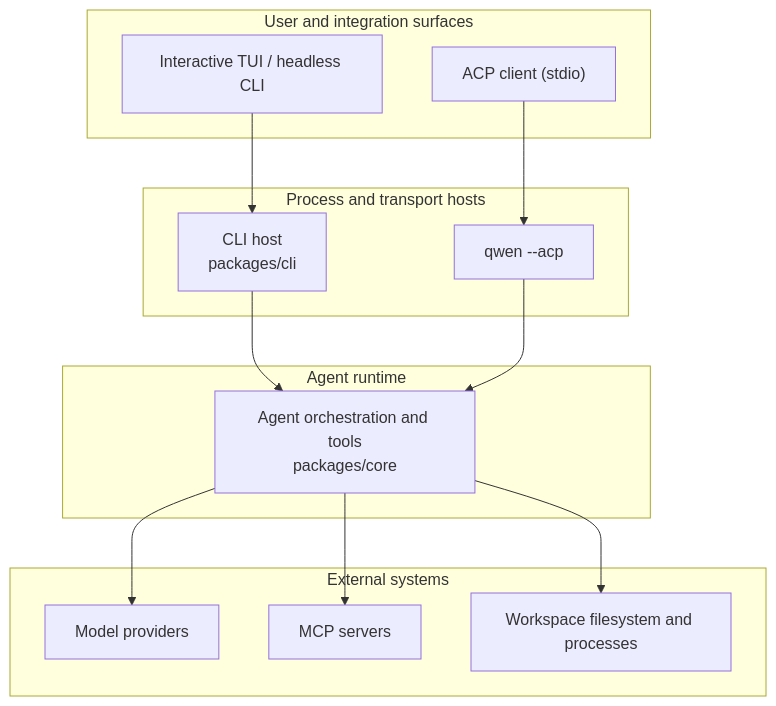
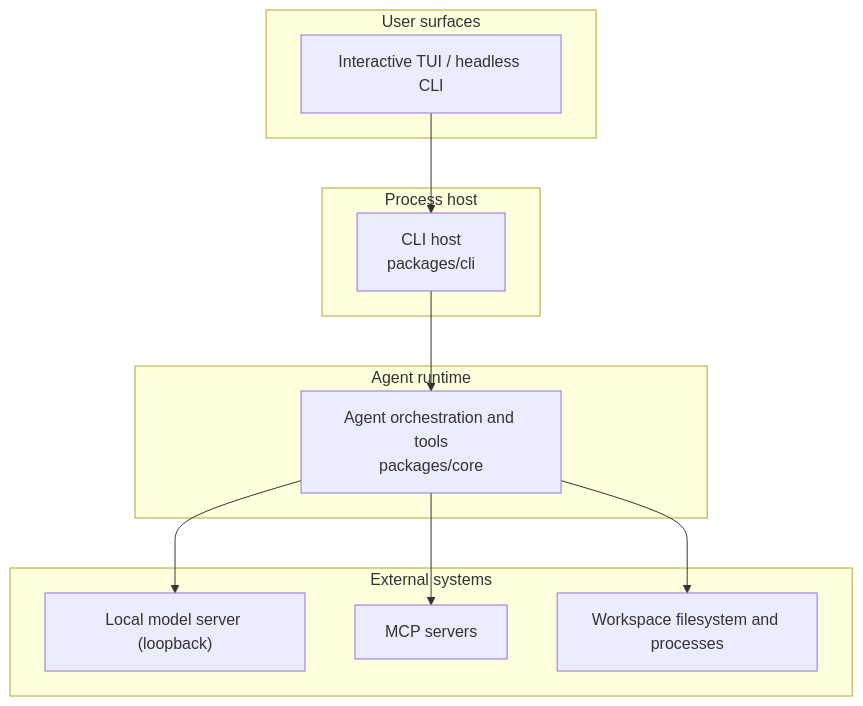
The diagram in docs/developers/architecture.md (Cemberk/qwen-code), drawn with Mermaid before and after one commit. The commit also changed other lines of this file and 850 other files, not shown here.

````diff
--- a/docs/developers/architecture.md
+++ b/docs/developers/architecture.md
@@ -17,32 +13,27 @@
 ```mermaid
 flowchart TB
-    subgraph surfaces["User and integration surfaces"]
+    subgraph surfaces["User surfaces"]
         TUI["Interactive TUI / headless CLI"]
-        ACPCLIENT["ACP client (stdio)"]
     end
 
-    subgraph hosts["Process and transport hosts"]
+    subgraph hosts["Process host"]
         CLI["CLI host<br/>packages/cli"]
-        ACP["qwen --acp"]
     end
 
     subgraph runtime["Agent runtime"]
         CORE["Agent orchestration and tools<br/>packages/core"]
     end
 
     subgraph external["External systems"]
-        MODEL["Model providers"]
+        MODEL["Local model server (loopback)"]
         MCP["MCP servers"]
         HOST["Workspace filesystem and processes"]
     end
 
     TUI --> CLI
     CLI --> CORE
 
-    ACPCLIENT --> ACP
-    ACP --> CORE
-
     CORE --> MODEL
     CORE --> MCP
     CORE --> HOST
 ```
````
